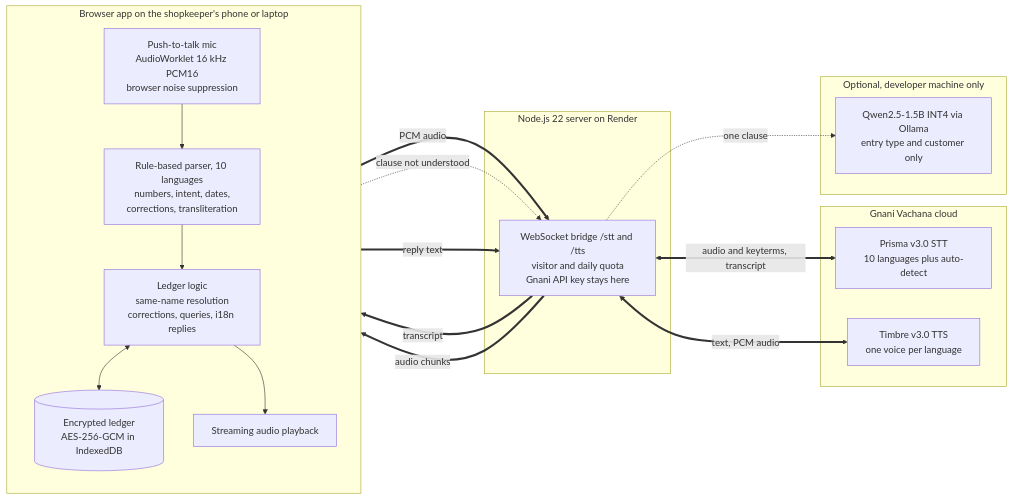
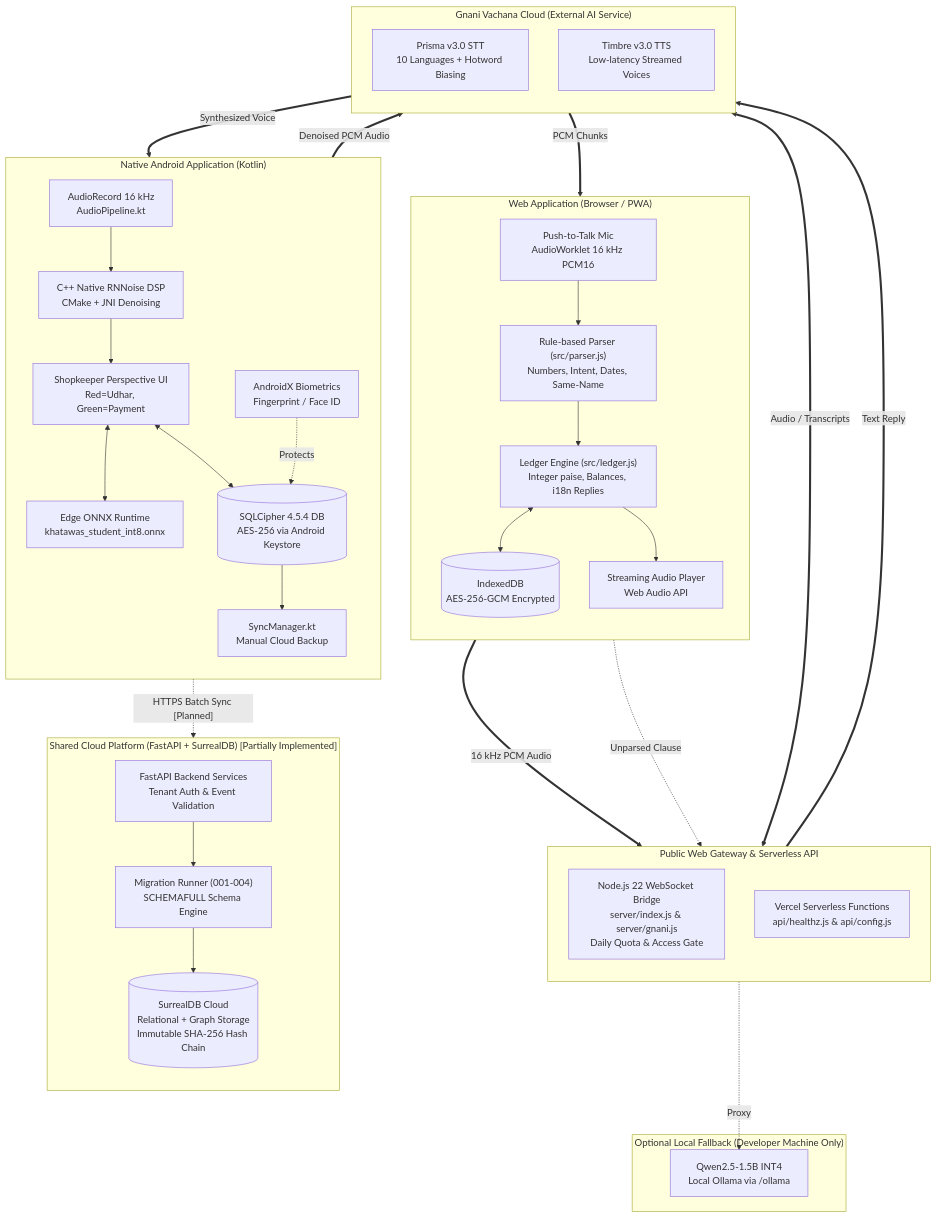
Before and after one commit to callmetechnophile/khatabook: the diagram in README.md, drawn with Mermaid. The commit also changed other lines of this file and 13 other files, not shown here.

Commit message:
docs: author unified master README and repository audit report across Web & Android ecosystem

````diff
--- a/README.md
+++ b/README.md
@@ -58,32 +119,67 @@
 ```mermaid
-flowchart LR
-  subgraph Device["Browser app on the shopkeeper's phone or laptop"]
+flowchart TB
+  subgraph WebClient["Web Application (Browser / PWA)"]
     direction TB
-    MIC["Push-to-talk mic<br/>AudioWorklet 16 kHz PCM16<br/>browser noise suppression"]
-    NLU["Rule-based parser, 10 languages<br/>numbers, intent, dates,<br/>corrections, transliteration"]
-    LED["Ledger logic<br/>same-name resolution<br/>corrections, queries, i18n replies"]
-    DB[("Encrypted ledger<br/>AES-256-GCM in IndexedDB")]
-    PLAY["Streaming audio playback"]
-    MIC --> NLU --> LED
-    LED <--> DB
-    LED --> PLAY
+    W_MIC["Push-to-Talk Mic<br/>AudioWorklet 16 kHz PCM16"]
+    W_NLU["Rule-based Parser (src/parser.js)<br/>Numbers, Intent, Dates, Same-Name"]
+    W_LED["Ledger Engine (src/ledger.js)<br/>Integer paise, Balances, i18n Replies"]
+    W_DB[("IndexedDB<br/>AES-256-GCM Encrypted")]
+    W_SPK["Streaming Audio Player<br/>Web Audio API"]
+    W_MIC --> W_NLU --> W_LED
+    W_LED <--> W_DB
+    W_LED --> W_SPK
   end
-  subgraph Server["Node.js 22 server on Render"]
-    GATE["WebSocket bridge /stt and /tts<br/>visitor and daily quota<br/>Gnani API key stays here"]
+
+  subgraph AndroidClient["Native Android Application (Kotlin)"]
+    direction TB
+    A_MIC["AudioRecord 16 kHz<br/>AudioPipeline.kt"]
+    A_DSP["C++ Native RNNoise DSP<br/>CMake + JNI Denoising"]
+    A_UI["Shopkeeper Perspective UI<br/>Red=Udhar, Green=Payment"]
+    A_AI["Edge ONNX Runtime<br/>khatawas_student_int8.onnx"]
+    A_DB[("SQLCipher 4.5.4 DB<br/>AES-256 via Android Keystore")]
+    A_BIO["AndroidX Biometrics<br/>Fingerprint / Face ID"]
+    A_SYNC["SyncManager.kt<br/>Manual Cloud Backup"]
+    A_MIC --> A_DSP --> A_UI
+    A_UI <--> A_AI
+    A_UI <--> A_DB
+    A_BIO -. Protects .-> A_DB
+    A_DB --> A_SYNC
   end
-  subgraph Gnani["Gnani Vachana cloud"]
-    STT["Prisma v3.0 STT<br/>10 languages plus auto-detect"]
-    TTS["Timbre v3.0 TTS<br/>one voice per language"]
+
+  subgraph EdgeGateway["Public Web Gateway & Serverless API"]
+    direction TB
+    S_NODE["Node.js 22 WebSocket Bridge<br/>server/index.js & server/gnani.js<br/>Daily Quota & Access Gate"]
+    V_API["Vercel Serverless Functions<br/>api/healthz.js & api/config.js"]
   end
-  subgraph Local["Optional, developer machine only"]
-    QW["Qwen2.5-1.5B INT4 via Ollama<br/>entry type and customer only"]
+
+  subgraph GnaniCloud["Gnani Vachana Cloud (External AI Service)"]
+    direction TB
+    G_STT["Prisma v3.0 STT<br/>10 Languages + Hotword Biasing"]
+    G_TTS["Timbre v3.0 TTS<br/>Low-latency Streamed Voices"]
   end
-  MIC ==>|PCM audio| GATE
-  GATE <==>|audio and keyterms, transcript| STT
-  GATE ==>|transcript| NLU
-  NLU -. clause not understood .-> GATE
-  GATE -. one clause .-> QW
-  LED ==>|reply text| GATE
-  GATE <==>|text, PCM audio| TTS
-  GATE ==>|audio chunks| PLAY
+
+  subgraph CloudPlatform["Shared Cloud Platform (FastAPI + SurrealDB) [Partially Implemented]"]
+    direction TB
+    F_API["FastAPI Backend Services<br/>Tenant Auth & Event Validation"]
+    S_MIG["Migration Runner (001-004)<br/>SCHEMAFULL Schema Engine"]
+    S_DB[("SurrealDB Cloud<br/>Relational + Graph Storage<br/>Immutable SHA-256 Hash Chain")]
+    F_API --> S_MIG --> S_DB
+  end
+
+  subgraph LocalDevAI["Optional Local Fallback (Developer Machine Only)"]
+    Q_OLLAMA["Qwen2.5-1.5B INT4<br/>Local Ollama via /ollama"]
+  end
+
+  %% Connections
+  W_MIC ==>|16 kHz PCM Audio| S_NODE
+  S_NODE <==>|Audio / Transcripts| G_STT
+  S_NODE ==>|Text Reply| G_TTS
+  G_TTS ==>|PCM Chunks| W_SPK
+
+  A_DSP ==>|Denoised PCM Audio| G_STT
+  G_TTS ==>|Synthesized Voice| A_UI
+
+  W_NLU -. Unparsed Clause .-> S_NODE -. Proxy .-> Q_OLLAMA
+
+  A_SYNC -. HTTPS Batch Sync [Planned] .-> F_API
 ```
````
